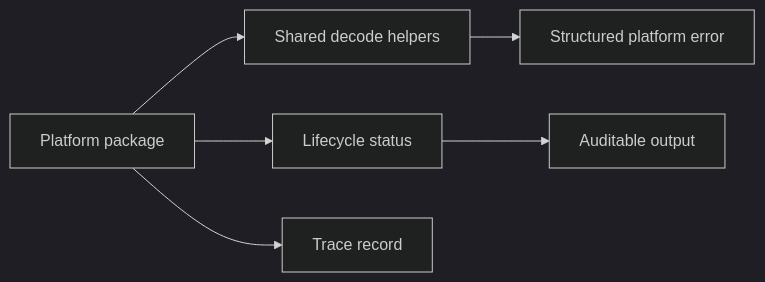
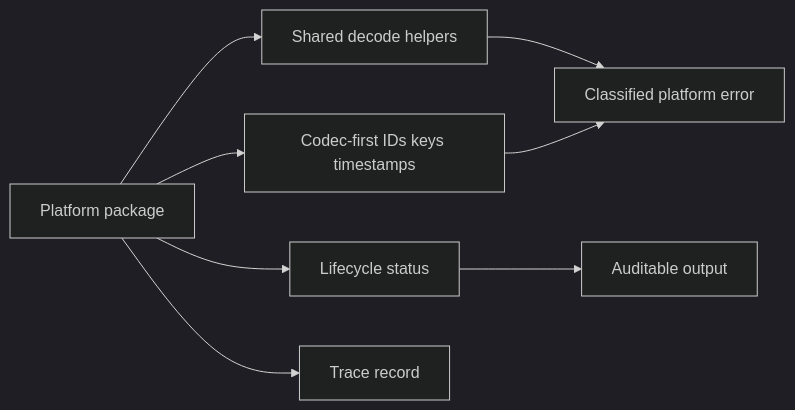
Before and after one commit to VannaDii/ironloom: the diagram in packages/core/README.md, drawn with Mermaid (dark theme). The commit also changed other lines of this file and 7 other files, not shown here.

Commit message:
feat: add codec-first core value objects

````diff
--- a/packages/core/README.md
+++ b/packages/core/README.md
@@ -11,8 +11,10 @@
 ```mermaid
 flowchart LR
   Package[Platform package] --> Decode[Shared decode helpers]
+  Package --> Values[Codec-first IDs keys timestamps]
   Package --> Status[Lifecycle status]
   Package --> Trace[Trace record]
-  Decode --> Error[Structured platform error]
+  Decode --> Error[Classified platform error]
+  Values --> Error
   Status --> Artifact[Auditable output]
 ```
````
